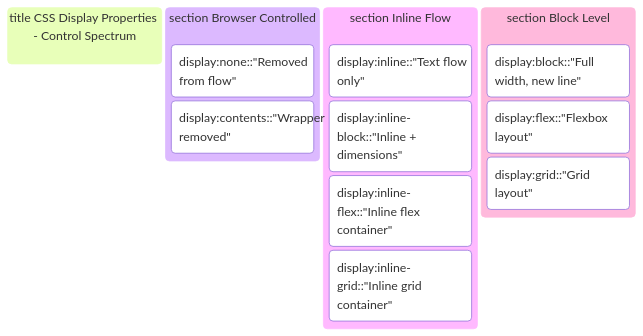
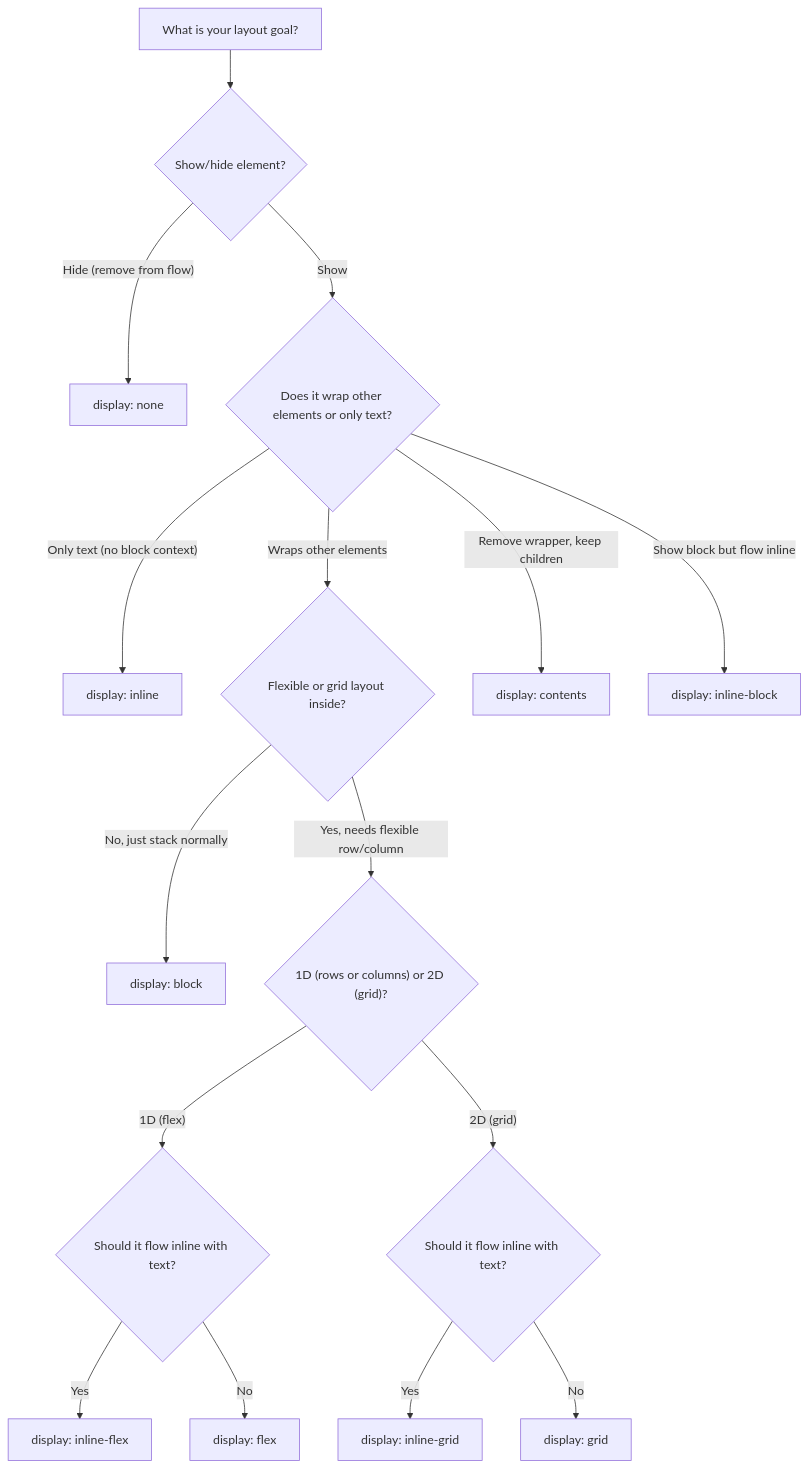
Before and after one commit to MaxwellCohen/cheat-sheets: the diagram in css/dispay.md, drawn with Mermaid. The commit also changed other lines of this file, not shown here.

First line of the commit message:
Revise CSS display properties documentation with flowchart and compatibility reference

````diff
--- a/css/dispay.md
+++ b/css/dispay.md
@@ -5,16 +7,18 @@
 ```mermaid
-kanban
-    title CSS Display Properties - Control Spectrum
-    section Browser Controlled
-        display:none::"Removed from flow"
-        display:contents::"Wrapper removed"
-    section Inline Flow
-        display:inline::"Text flow only"
-        display:inline-block::"Inline + dimensions"
-        display:inline-flex::"Inline flex container"
-        display:inline-grid::"Inline grid container"
-    section Block Level
-        display:block::"Full width, new line"
-        display:flex::"Flexbox layout"
-        display:grid::"Grid layout"
+flowchart TD
+  A["What is your layout goal?"] --> B{"Show/hide element?"}
+  B -- "Hide (remove from flow)" --> N[display: none]
+  B -- "Show" --> C{"Does it wrap other elements or only text?"}
+  C -- "Only text (no block context)" --> INL[display: inline]
+  C -- "Wraps other elements" --> D{"Flexible or grid layout inside?"}
+  D -- "No, just stack normally" --> BLK[display: block]
+  D -- "Yes, needs flexible row/column" --> E{"1D (rows or columns) or 2D (grid)?"}
+  E -- "1D (flex)" --> FLEXCHK{"Should it flow inline with text?"}
+  FLEXCHK -- "Yes" --> INFLEX[display: inline-flex]
+  FLEXCHK -- "No"  --> FLEX[display: flex]
+  E -- "2D (grid)" --> GRIDCHK{"Should it flow inline with text?"}
+  GRIDCHK -- "Yes" --> INGRID[display: inline-grid]
+  GRIDCHK -- "No"  --> GRID[display: grid]
+  C -- "Remove wrapper, keep children" --> CONTENTS[display: contents]
+  C -- "Show block but flow inline" --> INLBLK[display: inline-block]
 ```
````
